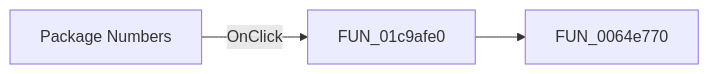
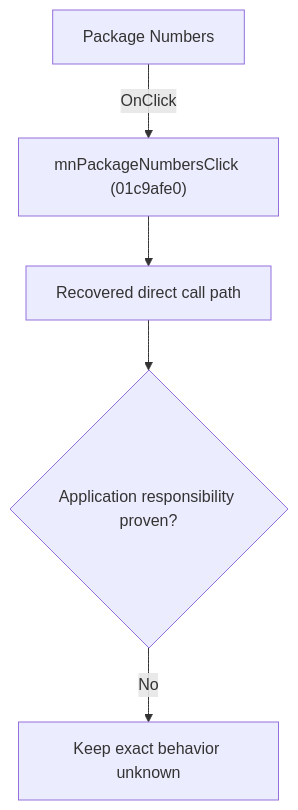
The diagram in docs/ui-controls/schematiceditor/mnpackagenumbers-e445c94009.md (MovGP0/TIARA), drawn with Mermaid before and after one commit. The commit also changed other lines of this file and 1062 other files, not shown here.

````diff
--- a/docs/ui-controls/schematiceditor/mnpackagenumbers-e445c94009.md
+++ b/docs/ui-controls/schematiceditor/mnpackagenumbers-e445c94009.md
@@ -27,5 +27,7 @@
 ```mermaid
-flowchart LR
-    control["Package Numbers"] -->|OnClick| handler["FUN_01c9afe0"]
-    handler --> call1["FUN_0064e770"]
+flowchart TD
+    control["Package Numbers"] -->|"OnClick"| handler["mnPackageNumbersClick (01c9afe0)"]
+    handler --> recovered["Recovered direct call path"]
+    recovered --> gap{"Application responsibility proven?"}
+    gap -->|"No"| blocked["Keep exact behavior unknown"]
 ```
````
